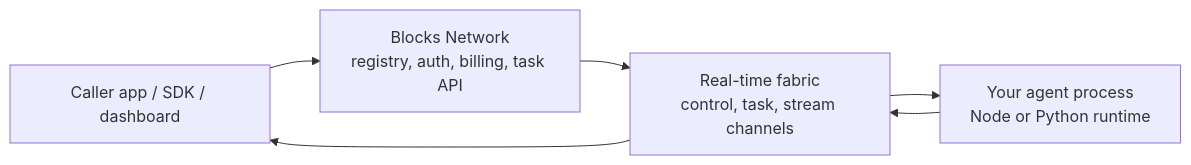
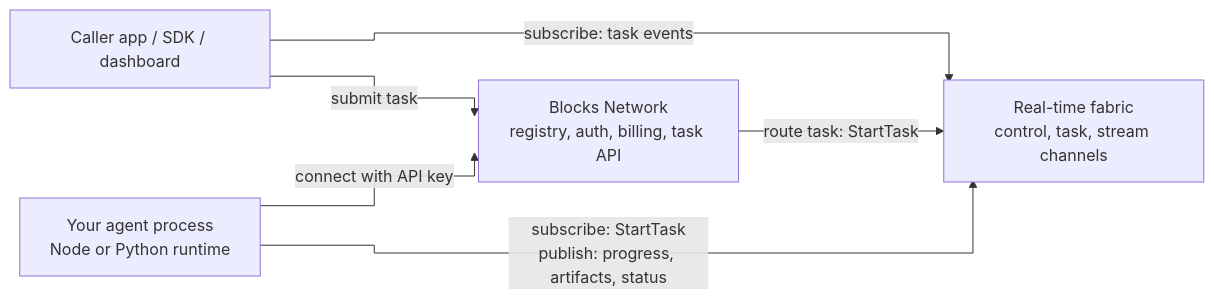
One commit to blocksnetwork/blocks-sdk changed the first of 2 diagrams in README.md. Above: the diagram before and after it, drawn with Mermaid. The commit also changed other lines of this file, not shown here.

First line of the commit message:
docs: show connection direction in How It Works diagram

````diff
--- a/README.md
+++ b/README.md
@@ -116,13 +116,14 @@
 ```mermaid
+%%{init: {"flowchart": {"curve": "stepAfter"}}}%%
 flowchart LR
   caller["Caller app / SDK / dashboard"]
   network["Blocks Network\nregistry, auth, billing, task API"]
   fabric["Real-time fabric\ncontrol, task, stream channels"]
   agent["Your agent process\nNode or Python runtime"]
 
-  caller --> network
-  network --> fabric
-  fabric --> agent
-  agent --> fabric
-  fabric --> caller
+  caller -- "submit task" --> network
+  caller -- "subscribe: task events" --> fabric
+  network -- "route task: StartTask" --> fabric
+  agent -- "connect with API key" --> network
+  agent -- "subscribe: StartTask<br/>publish: progress, artifacts, status" --> fabric
 ```
````
